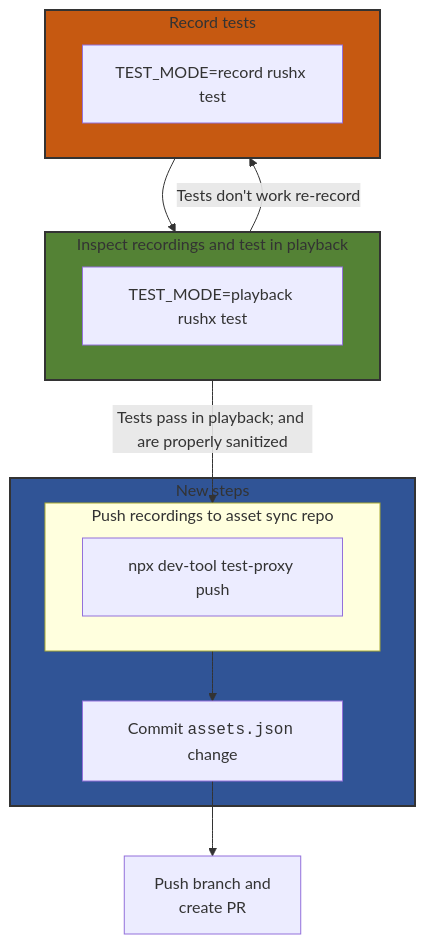
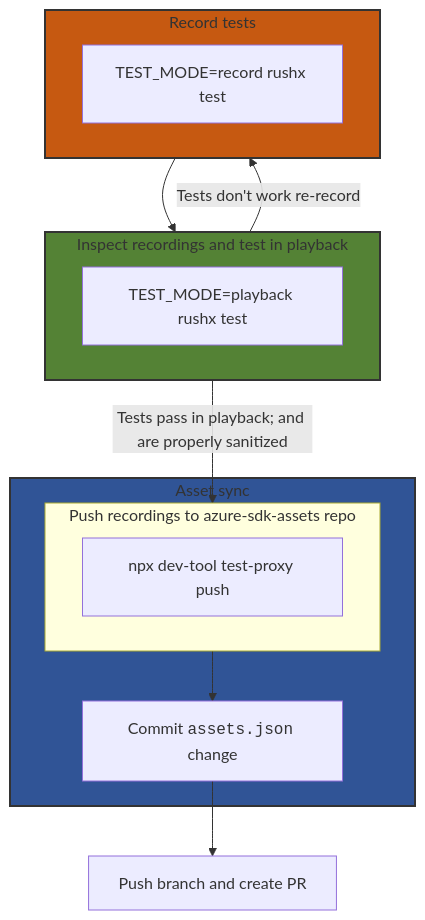
Before and after one commit to Azure/azure-sdk-for-js: the diagram in sdk/test-utils/recorder/ASSET_SYNC_WORKFLOW.md, drawn with Mermaid. The commit also changed other lines of this file, not shown here.

First line of the commit message:
doc: reorganize asset sync workflow to prioritize common paths

````diff
--- a/sdk/test-utils/recorder/ASSET_SYNC_WORKFLOW.md
+++ b/sdk/test-utils/recorder/ASSET_SYNC_WORKFLOW.md
@@ -108,31 +89,31 @@
 ```mermaid
 graph TD
-    subgraph p3 [New steps]
-        subgraph p4 [Push recordings to asset sync repo]
+    subgraph p3 [Asset sync]
+        subgraph p4 [Push recordings to azure-sdk-assets repo]
             push[npx dev-tool test-proxy push]
         end
         p4-->assets[Commit <code>assets.json</code> change]
     end
 
-    assets --> pr[Push branch and\ncreate PR]
+    assets --> pr[Push branch and create PR]
 
     subgraph p2 [Inspect recordings and test in playback]
         playback[TEST_MODE=playback rushx test]
     end
 
     subgraph p1 [Record tests]
         record[TEST_MODE=record rushx test]
     end
 
     p1 --> p2
     p2 -- Tests don't work re-record --> p1
     p2 -- Tests pass in playback; and are properly sanitized --> p4
 
 
     classDef green fill:#548235,stroke:#333,stroke-width:2px
     classDef orange fill:#C65911,stroke:#333,stroke-width:2px
     classDef blue fill:#305496,stroke:#333,stroke-width:2px
     class p1 orange
     class p2 green
     class p3 blue
 ```
````
